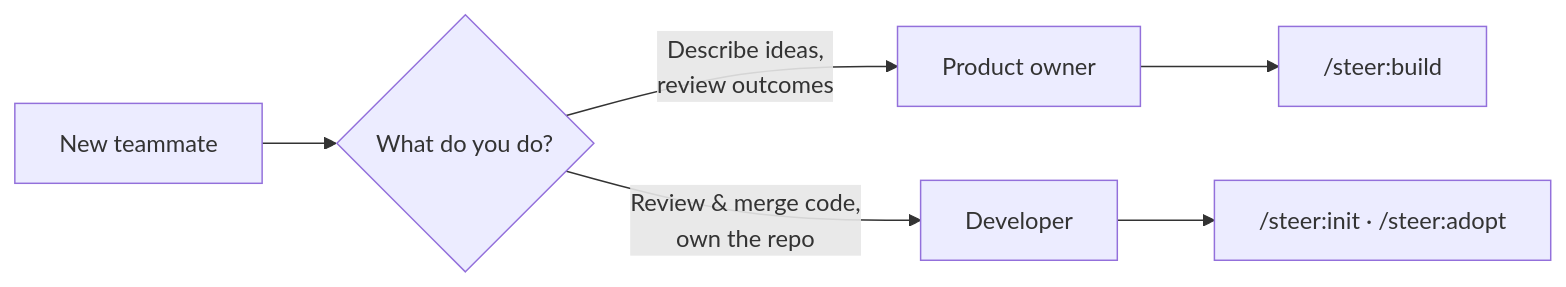
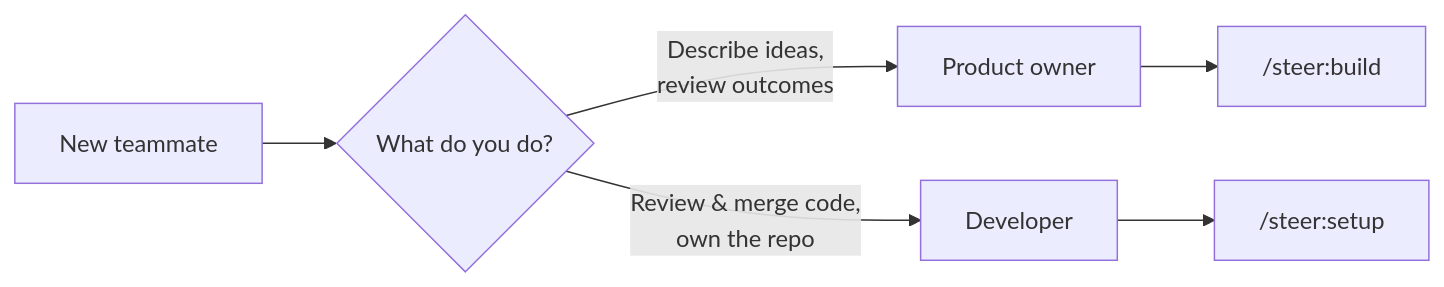
One commit to element22llc/e22-plugins changed the diagram in docs/getting-started/team-onboarding.md. Above: the diagram before and after it, drawn with Mermaid. The commit also changed other lines of this file and 38 other files, not shown here.

````diff
--- a/docs/getting-started/team-onboarding.md
+++ b/docs/getting-started/team-onboarding.md
@@ -7,8 +7,8 @@
 ```mermaid
 flowchart LR
     YOU[New teammate] --> Q{What do you do?}
     Q -->|Describe ideas,<br/>review outcomes| PO[Product owner]
     Q -->|Review & merge code,<br/>own the repo| DEV[Developer]
     PO --> BUILD["/steer:build"]
-    DEV --> SETUP["/steer:init · /steer:adopt"]
+    DEV --> SETUP["/steer:setup"]
 ```
````
